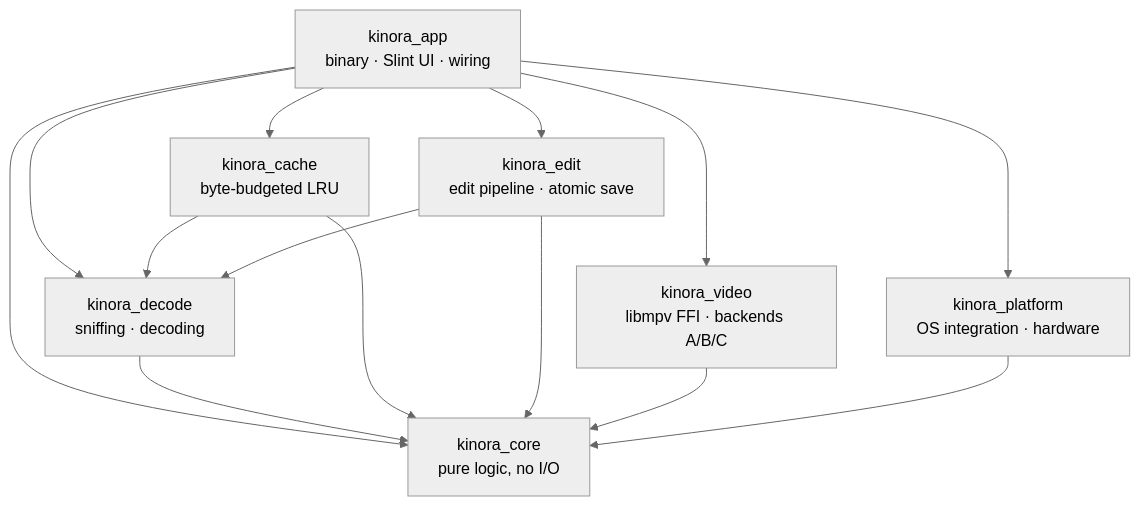
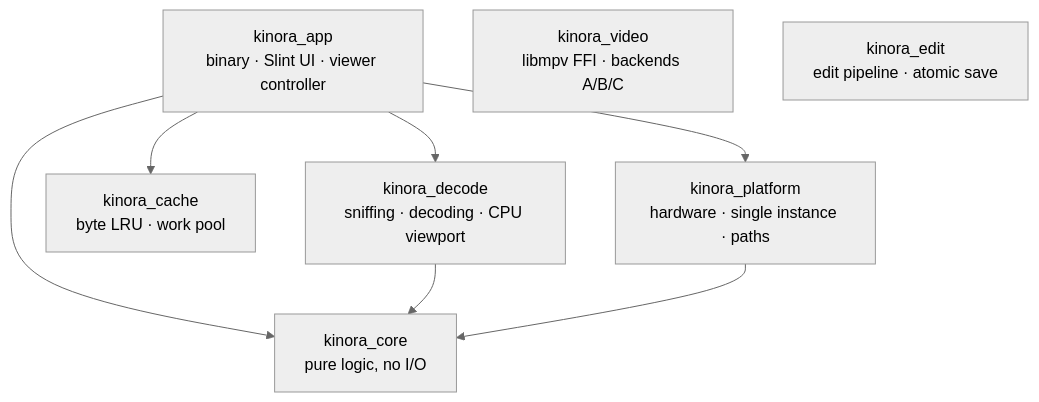
Before and after one commit to morabeeh/kinora: the first of 2 diagrams in docs/ARCHITECTURE.md, drawn with Mermaid (neutral theme). The commit also changed other lines of this file and 13 other files, not shown here.

Commit message:
docs: Phase 2 architecture, changelog, manual test plan and learning notes 09-16

````diff
--- a/docs/ARCHITECTURE.md
+++ b/docs/ARCHITECTURE.md
@@ -8,17 +7,14 @@
 ```mermaid
 graph TD
-    app[kinora_app<br/>binary · Slint UI · wiring]
+    app[kinora_app<br/>binary · Slint UI · viewer controller]
     core[kinora_core<br/>pure logic, no I/O]
-    decode[kinora_decode<br/>sniffing · decoding]
-    cache[kinora_cache<br/>byte-budgeted LRU]
+    decode[kinora_decode<br/>sniffing · decoding · CPU viewport]
+    cache[kinora_cache<br/>byte LRU · work pool]
     video[kinora_video<br/>libmpv FFI · backends A/B/C]
     edit[kinora_edit<br/>edit pipeline · atomic save]
-    platform[kinora_platform<br/>OS integration · hardware]
+    platform[kinora_platform<br/>hardware · single instance · paths]
 
-    app --> core & decode & cache & video & edit & platform
+    app --> core & decode & cache & platform
     decode --> core
-    cache --> core & decode
-    edit --> core & decode
-    video --> core
     platform --> core
 ```
````
